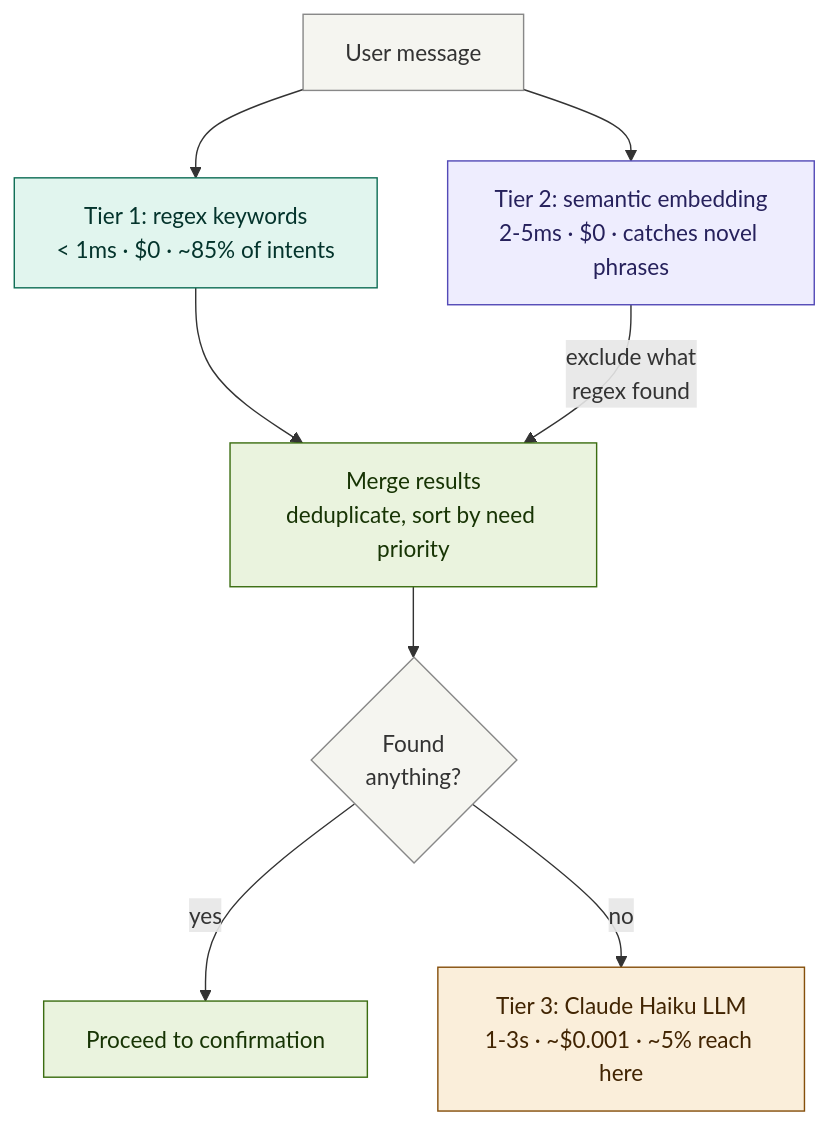
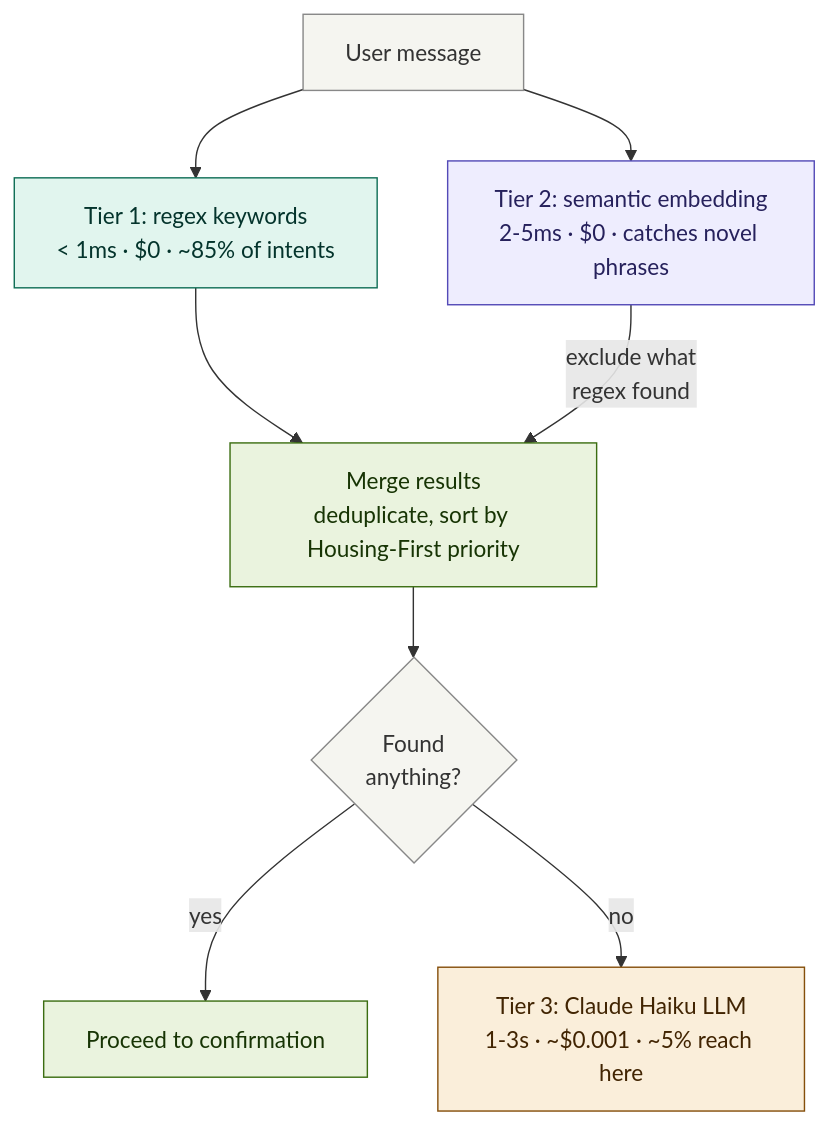
One commit to streetlives/yourpeer-chatbot changed the third of 4 diagrams in docs/ONBOARDING.md. Above: the diagram before and after it, drawn with Mermaid. The commit also changed other lines of this file and 15 other files, not shown here.

````diff
--- a/docs/ONBOARDING.md
+++ b/docs/ONBOARDING.md
@@ -170,20 +174,20 @@
 ```mermaid
 flowchart TD
     A["User message"] --> B["Tier 1: regex keywords<br/>< 1ms · $0 · ~85% of intents"]
     A --> C["Tier 2: semantic embedding<br/>2-5ms · $0 · catches novel phrases"]
 
-    B --> D["Merge results<br/>deduplicate, sort by need priority"]
+    B --> D["Merge results<br/>deduplicate, sort by Housing-First priority"]
     C -->|"exclude what<br/>regex found"| D
 
     D --> E{"Found<br/>anything?"}
     E -->|"yes"| F["Proceed to confirmation"]
     E -->|"no"| G["Tier 3: Claude Haiku LLM<br/>1-3s · ~$0.001 · ~5% reach here"]
 
     style A fill:#f5f5f0,stroke:#888,color:#333
     style B fill:#e1f5ee,stroke:#0f6e56,color:#04342c
     style C fill:#eeedfe,stroke:#534ab7,color:#26215c
     style D fill:#eaf3de,stroke:#3b6d11,color:#173404
     style E fill:#f5f5f0,stroke:#888,color:#333
     style F fill:#eaf3de,stroke:#3b6d11,color:#173404
     style G fill:#faeeda,stroke:#854f0b,color:#412402
 ```
````
